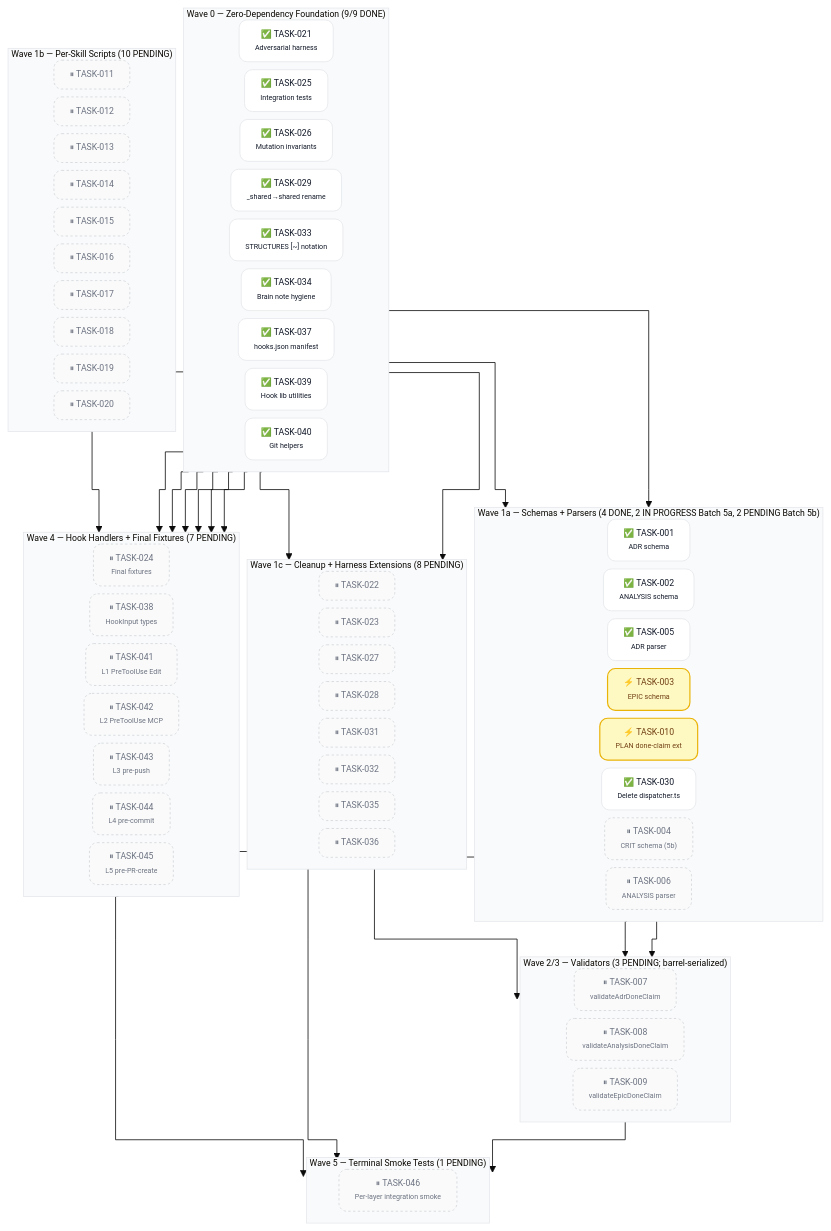
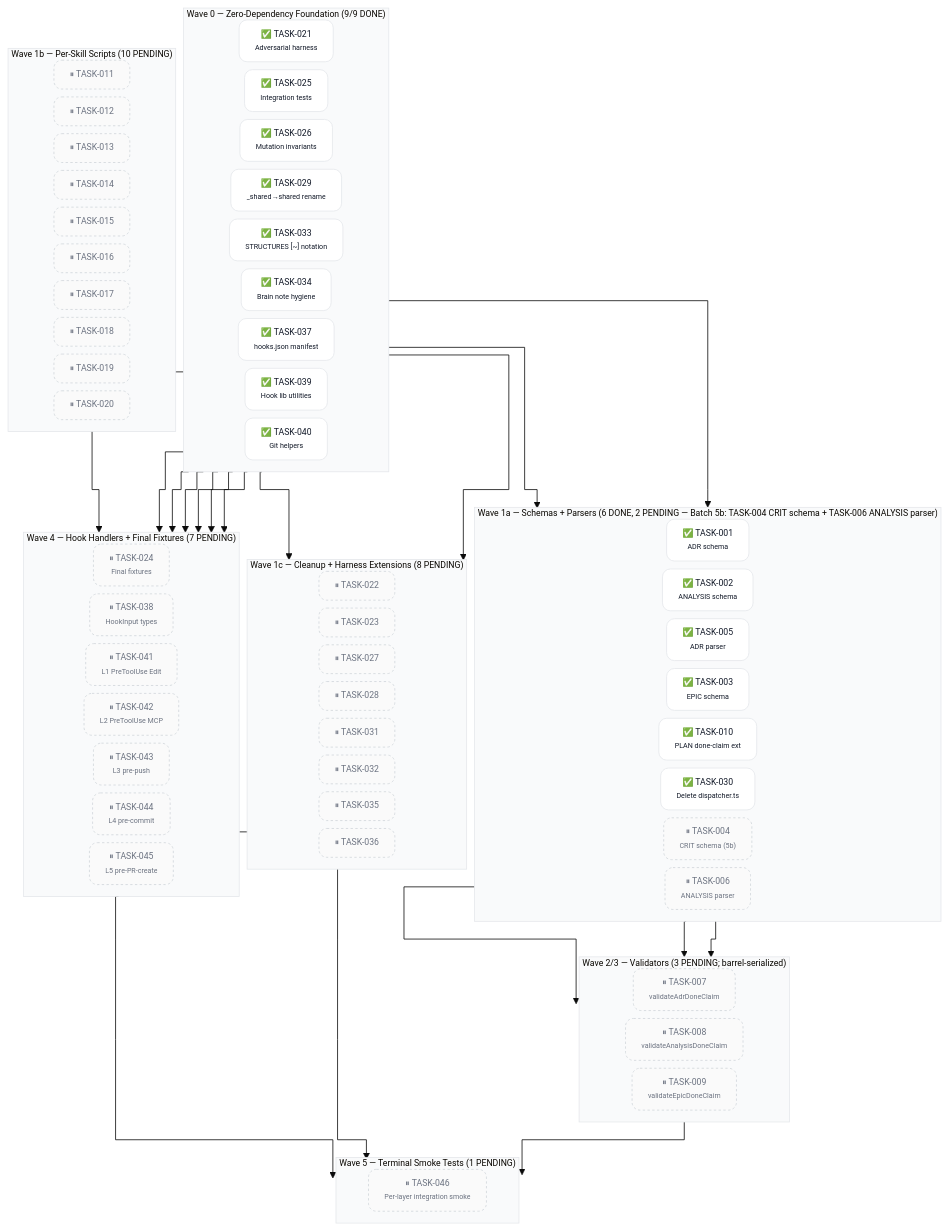
The second of 2 diagrams in docs/planning/PLAN-001-skills-ecosystem.md (acmelabs-15/skills), drawn with Mermaid before and after one commit. The commit also changed other lines of this file and 8 other files, not shown here.

First line of the commit message:
build(SPEC-008): Batch 5a fully CLOSED — qa-003 + qa-010 PASS; 15/46 DONE (Event 70)

````diff
--- a/docs/planning/PLAN-001-skills-ecosystem.md
+++ b/docs/planning/PLAN-001-skills-ecosystem.md
@@ -169,13 +169,13 @@
     T040["✅ TASK-040<br/><span style='font-size:9px'>Git helpers</span>"]
   end
 
-  subgraph W1a ["Wave 1a — Schemas + Parsers (4 DONE, 2 IN PROGRESS Batch 5a, 2 PENDING Batch 5b)"]
+  subgraph W1a ["Wave 1a — Schemas + Parsers (6 DONE, 2 PENDING — Batch 5b: TASK-004 CRIT schema + TASK-006 ANALYSIS parser)"]
     direction LR
     T001["✅ TASK-001<br/><span style='font-size:9px'>ADR schema</span>"]
     T002["✅ TASK-002<br/><span style='font-size:9px'>ANALYSIS schema</span>"]
     T005["✅ TASK-005<br/><span style='font-size:9px'>ADR parser</span>"]
-    T003["⚡ TASK-003<br/><span style='font-size:9px'>EPIC schema</span>"]
-    T010["⚡ TASK-010<br/><span style='font-size:9px'>PLAN done-claim ext</span>"]
+    T003["✅ TASK-003<br/><span style='font-size:9px'>EPIC schema</span>"]
+    T010["✅ TASK-010<br/><span style='font-size:9px'>PLAN done-claim ext</span>"]
     T030["✅ TASK-030<br/><span style='font-size:9px'>Delete dispatcher.ts</span>"]
     T004["⏸ TASK-004<br/><span style='font-size:9px'>CRIT schema (5b)</span>"]
     T006["⏸ TASK-006<br/><span style='font-size:9px'>ANALYSIS parser</span>"]
@@ -252,7 +252,6 @@
   T009 --> T046
   T045 --> T046
 
-  class T001,T002,T005,T021,T025,T026,T029,T030,T033,T034,T037,T039,T040 done
-  class T003,T010 inprogress
+  class T001,T002,T003,T005,T010,T021,T025,T026,T029,T030,T033,T034,T037,T039,T040 done
   class T004,T006,T007,T008,T009,T011,T012,T013,T014,T015,T016,T017,T018,T019,T020,T022,T023,T024,T027,T028,T031,T032,T035,T036,T038,T041,T042,T043,T044,T045,T046 pending
 ```
````
